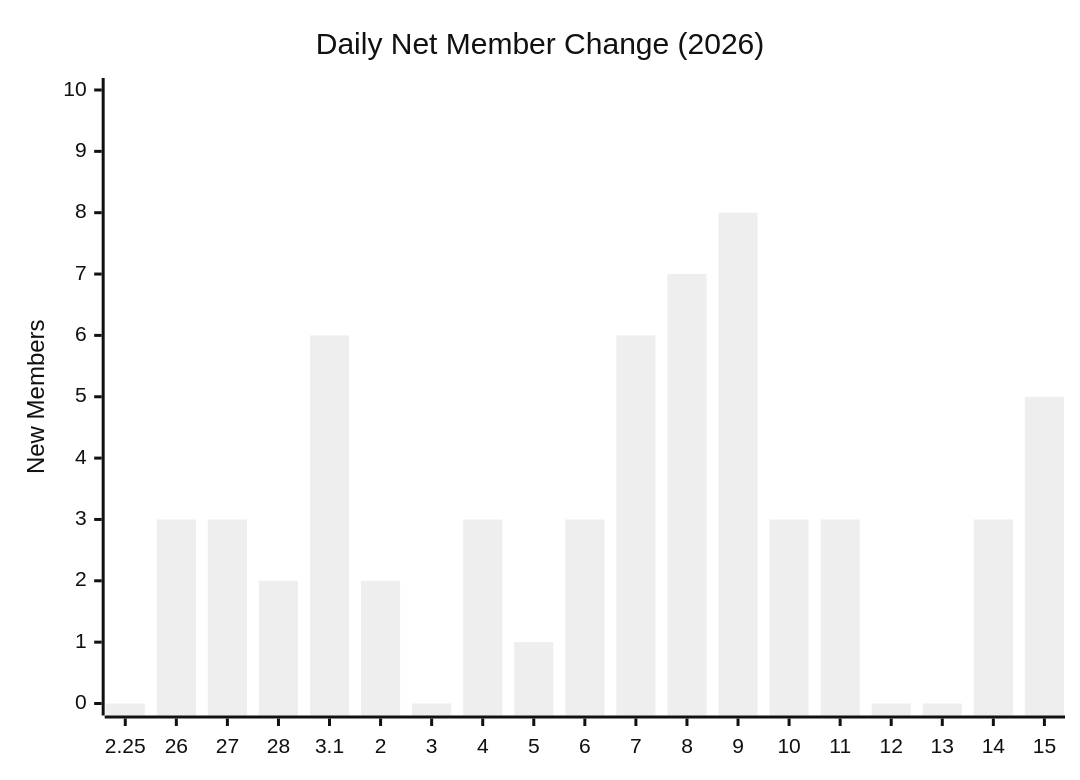
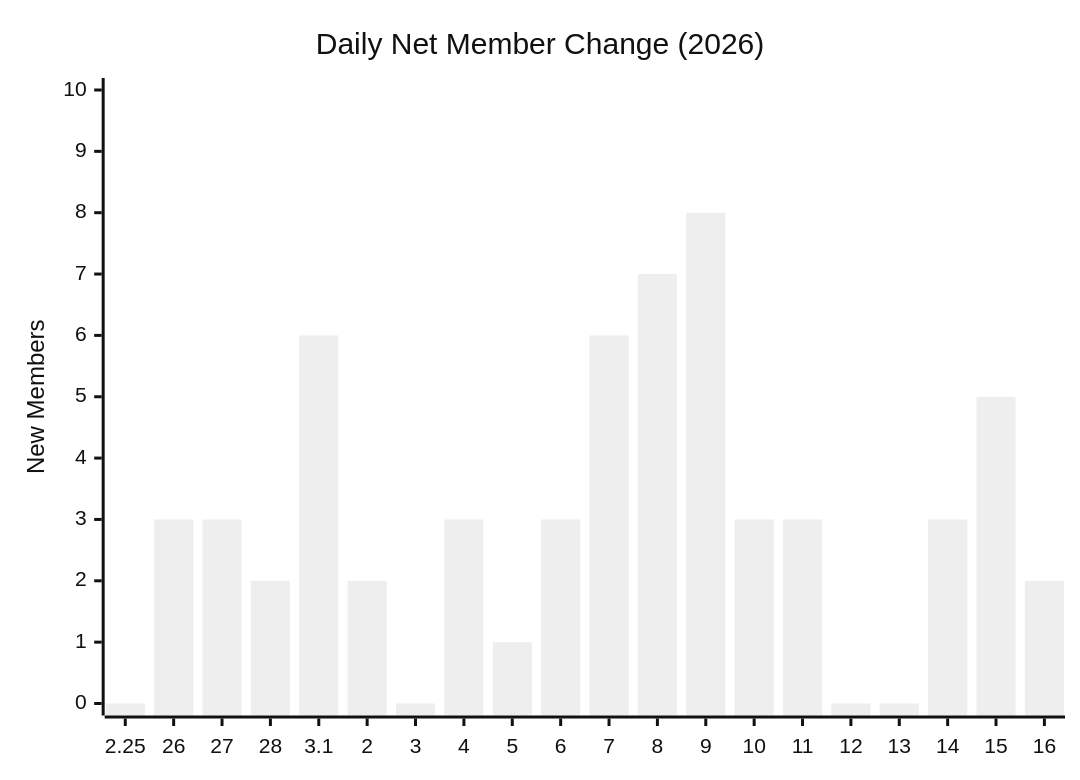
The third of 3 diagrams in exports/charts/daily-cumulative-member-tally-2026.md (MattSherwood/March-web), drawn with Mermaid (neutral theme) before and after one commit. The commit also changed other lines of this file and 4 other files, not shown here.

````diff
--- a/exports/charts/daily-cumulative-member-tally-2026.md
+++ b/exports/charts/daily-cumulative-member-tally-2026.md
@@ -25,7 +25,7 @@
 ```mermaid
 xychart-beta
     title "Daily Net Member Change (2026)"
-    x-axis ["2.25", "26", "27", "28", "3.1", "2", "3", "4", "5", "6", "7", "8", "9", "10", "11", "12", "13", "14", "15"]
+    x-axis ["2.25", "26", "27", "28", "3.1", "2", "3", "4", "5", "6", "7", "8", "9", "10", "11", "12", "13", "14", "15", "16"]
     y-axis "New Members" 0 --> 10
-    bar [0, 3, 3, 2, 6, 2, 0, 3, 1, 3, 6, 7, 8, 3, 3, 0, 0, 3, 5]
+    bar [0, 3, 3, 2, 6, 2, 0, 3, 1, 3, 6, 7, 8, 3, 3, 0, 0, 3, 5, 2]
 ```
````
